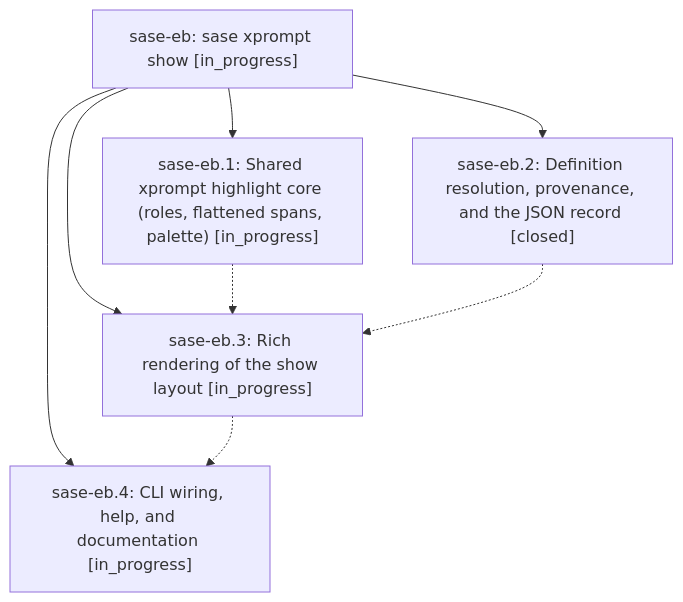
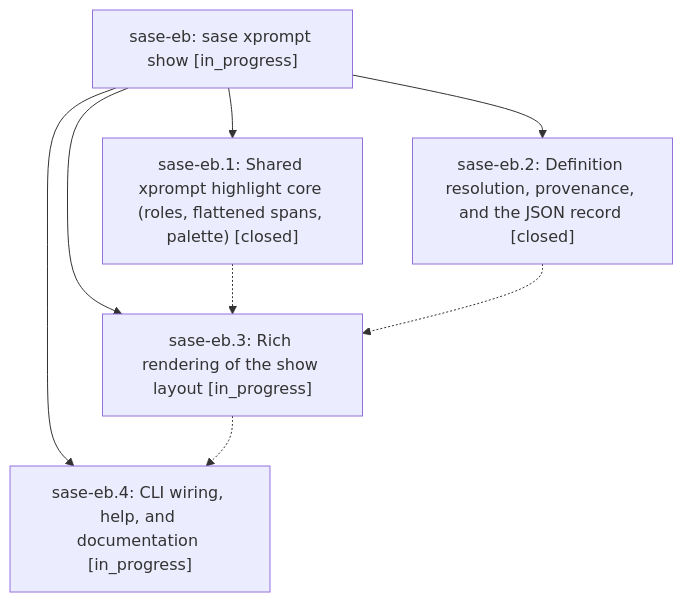
One commit to sase-org/sase--beads changed the diagram in pages/sase-eb/README.md. Above: the diagram before and after it, drawn with Mermaid. The commit also changed other lines of this file and 2 other files, not shown here.

First line of the commit message:
chore(beads): sync bead state and pages for sase-eb

````diff
--- a/pages/sase-eb/README.md
+++ b/pages/sase-eb/README.md
@@ -25,15 +25,15 @@
 ```mermaid
 flowchart TD
     n0["sase-eb: sase xprompt show [in_progress]"]
-    n1["sase-eb.1: Shared xprompt highlight core (roles, flattened spans, palette) [in_progress]"]
+    n1["sase-eb.1: Shared xprompt highlight core (roles, flattened spans, palette) [closed]"]
     n2["sase-eb.2: Definition resolution, provenance, and the JSON record [closed]"]
     n3["sase-eb.3: Rich rendering of the show layout [in_progress]"]
     n4["sase-eb.4: CLI wiring, help, and documentation [in_progress]"]
     n0 --> n1
     n0 --> n2
     n0 --> n3
     n0 --> n4
     n1 -.-> n3
     n2 -.-> n3
     n3 -.-> n4
 ```
````
